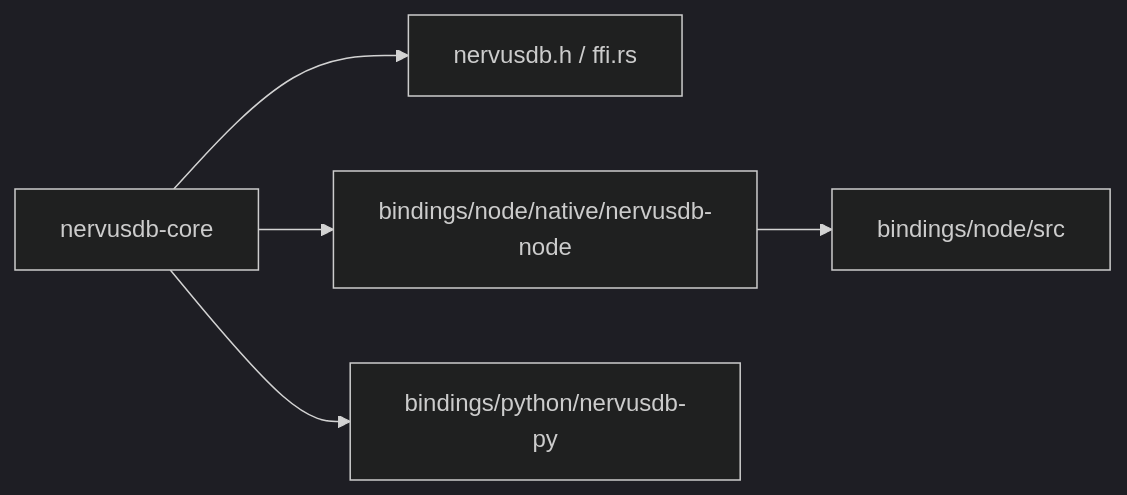
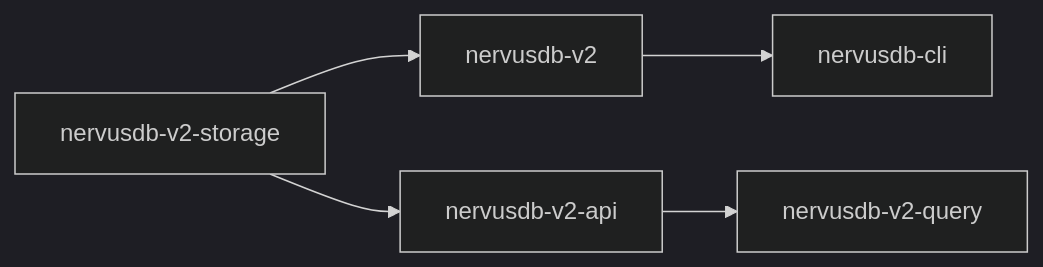
One commit to LuQing-Studio/nervusdb changed the diagram in docs/reference/project-structure.md. Above: the diagram before and after it, drawn with Mermaid (dark theme). The commit also changed other lines of this file and 157 other files, not shown here.

````diff
--- a/docs/reference/project-structure.md
+++ b/docs/reference/project-structure.md
@@ -27,7 +21,7 @@
 ```mermaid
 graph LR
-    core[nervusdb-core] --> cffi[nervusdb.h / ffi.rs]
-    core --> nodeNative[bindings/node/native/nervusdb-node]
-    core --> py[bindings/python/nervusdb-py]
-    nodeNative --> nodeTS[bindings/node/src]
+    v2s[nervusdb-v2-storage] --> v2[nervusdb-v2]
+    v2s --> api[nervusdb-v2-api]
+    api --> q[nervusdb-v2-query]
+    v2 --> cli[nervusdb-cli]
 ```
````
